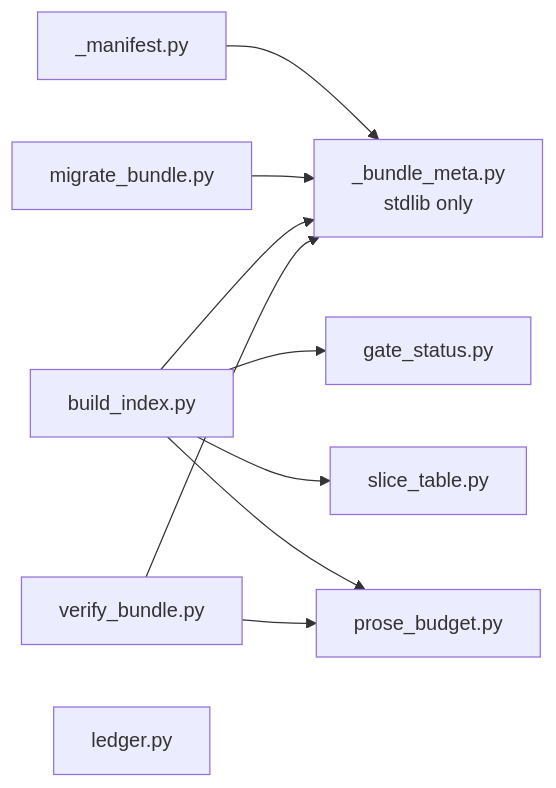
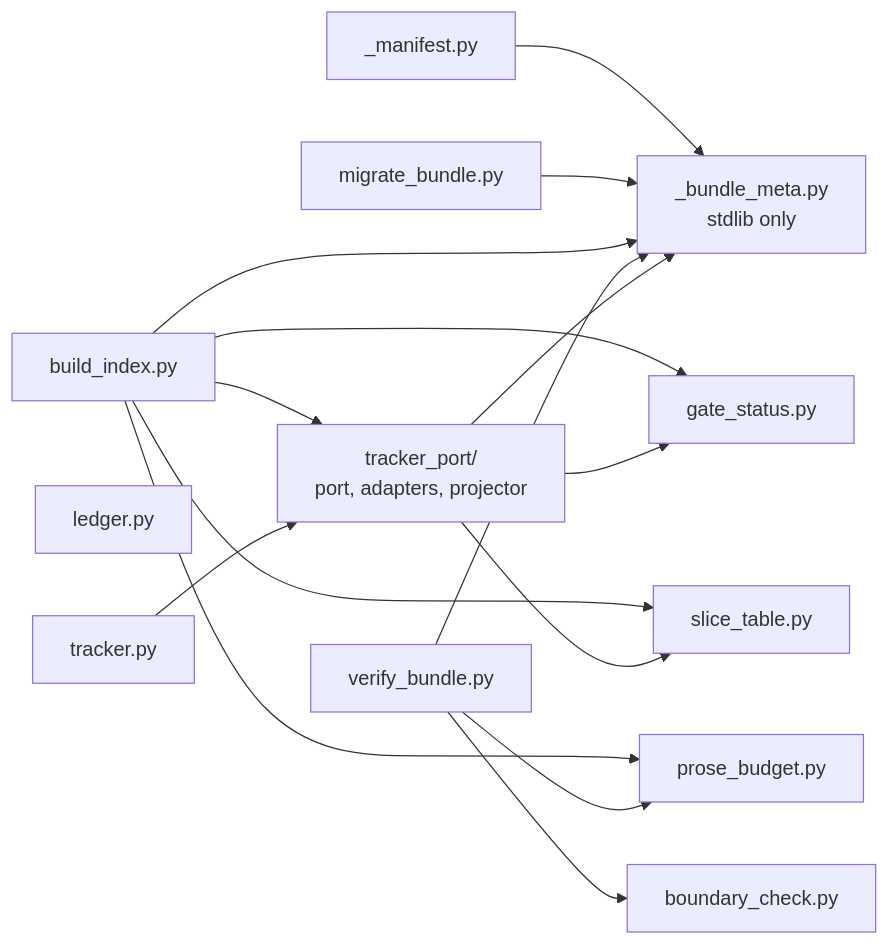
Before and after one commit to bjornslib/cobuilder-plugin: the second of 2 diagrams in docs/architecture/contexts/shared/canvas.md, drawn with Mermaid. The commit also changed other lines of this file and 45 other files, not shown here.

````diff
--- a/docs/architecture/contexts/shared/canvas.md
+++ b/docs/architecture/contexts/shared/canvas.md
@@ -108,21 +128,30 @@
 ```mermaid
 flowchart LR
     bm["_bundle_meta.py<br/>stdlib only"]
     mf["_manifest.py"]
     bi["build_index.py"]
     vb["verify_bundle.py"]
     mg["migrate_bundle.py"]
     gs["gate_status.py"]
     st["slice_table.py"]
     lg["ledger.py"]
     pb["prose_budget.py"]
+    bc["boundary_check.py"]
+    tp["tracker_port/<br/>port, adapters, projector"]
+    tc["tracker.py"]
 
     mf --> bm
     mg --> bm
     bi --> bm
     bi --> gs
     bi --> st
     bi --> pb
     vb --> bm
     vb --> pb
+    vb --> bc
+    bi --> tp
+    tc --> tp
+    tp --> bm
+    tp --> gs
+    tp --> st
 ```
````
